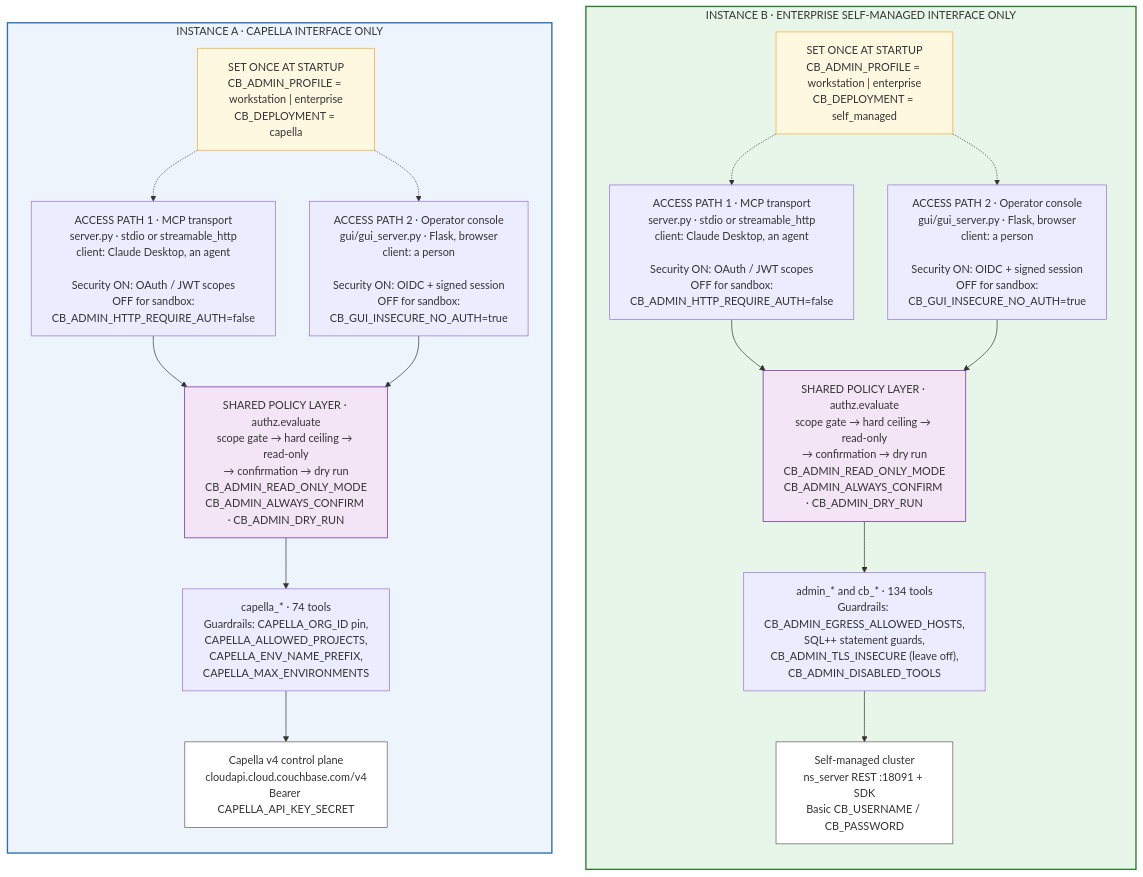
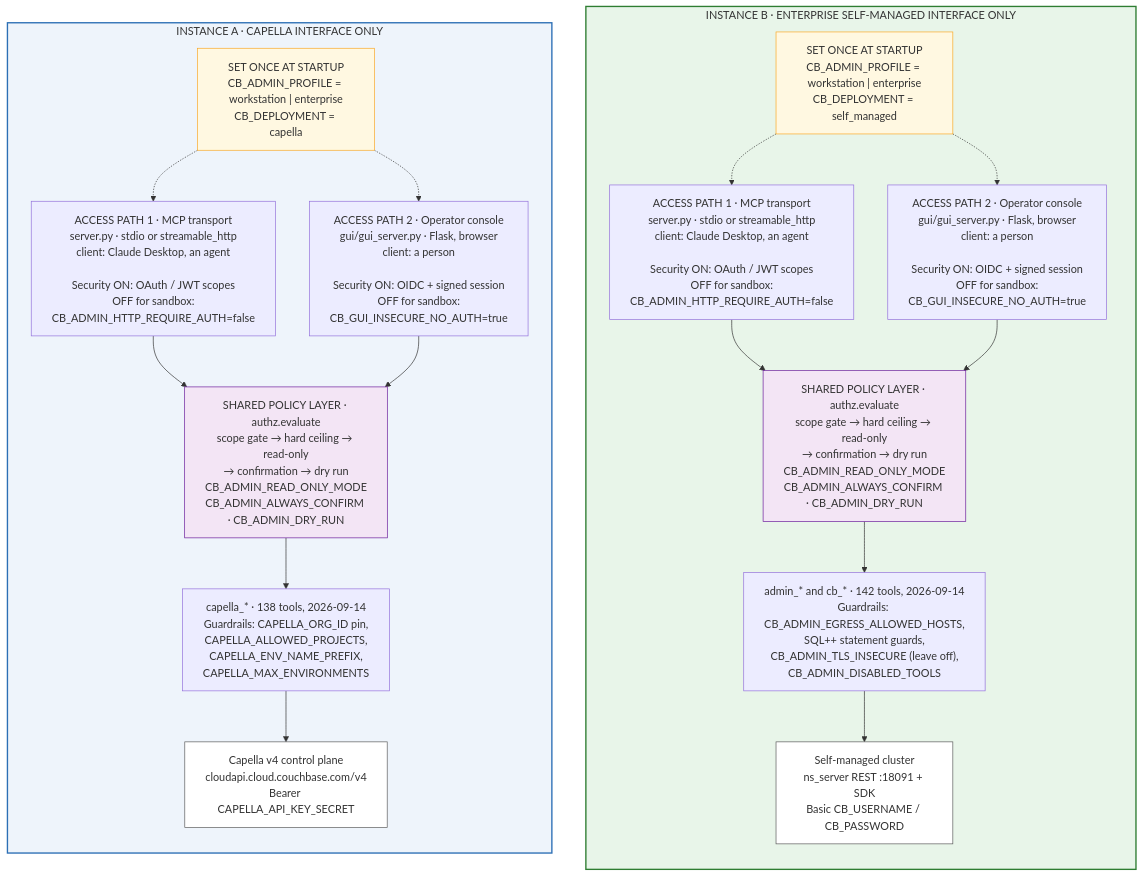
The diagram in docs/diagrams-src/08_matrix.mmd (Couchbase-Ecosystem/couchbase_admin_mcp_server), drawn with Mermaid before and after one commit. The commit also changed 29 other files, not shown here.

```diff
--- a/docs/diagrams-src/08_matrix.mmd
+++ b/docs/diagrams-src/08_matrix.mmd
@@ -1,41 +1,41 @@
 flowchart LR
   subgraph A["INSTANCE A   ·   CAPELLA INTERFACE ONLY"]
     direction TB
     AC["SET ONCE AT STARTUP<br/>CB_ADMIN_PROFILE = workstation | enterprise<br/>CB_DEPLOYMENT = capella"]
     A1["ACCESS PATH 1 · MCP transport<br/>server.py · stdio or streamable_http<br/>client: Claude Desktop, an agent<br/><br/>Security ON: OAuth / JWT scopes<br/>OFF for sandbox:<br/>CB_ADMIN_HTTP_REQUIRE_AUTH=false"]
     A2["ACCESS PATH 2 · Operator console<br/>gui/gui_server.py · Flask, browser<br/>client: a person<br/><br/>Security ON: OIDC + signed session<br/>OFF for sandbox:<br/>CB_GUI_INSECURE_NO_AUTH=true"]
     AG["SHARED POLICY LAYER · authz.evaluate<br/>scope gate → hard ceiling → read-only<br/>→ confirmation → dry run<br/>CB_ADMIN_READ_ONLY_MODE<br/>CB_ADMIN_ALWAYS_CONFIRM · CB_ADMIN_DRY_RUN"]
-    AT["capella_* · 74 tools<br/>Guardrails: CAPELLA_ORG_ID pin,<br/>CAPELLA_ALLOWED_PROJECTS,<br/>CAPELLA_ENV_NAME_PREFIX,<br/>CAPELLA_MAX_ENVIRONMENTS"]
+    AT["capella_* · 138 tools, 2026-09-14<br/>Guardrails: CAPELLA_ORG_ID pin,<br/>CAPELLA_ALLOWED_PROJECTS,<br/>CAPELLA_ENV_NAME_PREFIX,<br/>CAPELLA_MAX_ENVIRONMENTS"]
     AE["Capella v4 control plane<br/>cloudapi.cloud.couchbase.com/v4<br/>Bearer CAPELLA_API_KEY_SECRET"]
     AC -.-> A1
     AC -.-> A2
     A1 --> AG
     A2 --> AG
     AG --> AT --> AE
   end
 
   subgraph B["INSTANCE B   ·   ENTERPRISE SELF-MANAGED INTERFACE ONLY"]
     direction TB
     BC["SET ONCE AT STARTUP<br/>CB_ADMIN_PROFILE = workstation | enterprise<br/>CB_DEPLOYMENT = self_managed"]
     B1["ACCESS PATH 1 · MCP transport<br/>server.py · stdio or streamable_http<br/>client: Claude Desktop, an agent<br/><br/>Security ON: OAuth / JWT scopes<br/>OFF for sandbox:<br/>CB_ADMIN_HTTP_REQUIRE_AUTH=false"]
     B2["ACCESS PATH 2 · Operator console<br/>gui/gui_server.py · Flask, browser<br/>client: a person<br/><br/>Security ON: OIDC + signed session<br/>OFF for sandbox:<br/>CB_GUI_INSECURE_NO_AUTH=true"]
     BG["SHARED POLICY LAYER · authz.evaluate<br/>scope gate → hard ceiling → read-only<br/>→ confirmation → dry run<br/>CB_ADMIN_READ_ONLY_MODE<br/>CB_ADMIN_ALWAYS_CONFIRM · CB_ADMIN_DRY_RUN"]
-    BT["admin_* and cb_* · 134 tools<br/>Guardrails: CB_ADMIN_EGRESS_ALLOWED_HOSTS,<br/>SQL++ statement guards,<br/>CB_ADMIN_TLS_INSECURE (leave off),<br/>CB_ADMIN_DISABLED_TOOLS"]
+    BT["admin_* and cb_* · 142 tools, 2026-09-14<br/>Guardrails: CB_ADMIN_EGRESS_ALLOWED_HOSTS,<br/>SQL++ statement guards,<br/>CB_ADMIN_TLS_INSECURE (leave off),<br/>CB_ADMIN_DISABLED_TOOLS"]
     BE["Self-managed cluster<br/>ns_server REST :18091 + SDK<br/>Basic CB_USERNAME / CB_PASSWORD"]
     BC -.-> B1
     BC -.-> B2
     B1 --> BG
     B2 --> BG
     BG --> BT --> BE
   end
 
   A ~~~ B
 
   style A fill:#eef4fb,stroke:#2c6fb5,stroke-width:2px
   style B fill:#e8f5e9,stroke:#2e7d32,stroke-width:2px
   style AC fill:#fff8e1,stroke:#f9a825
   style BC fill:#fff8e1,stroke:#f9a825
   style AG fill:#f3e5f5,stroke:#6a1b9a
   style BG fill:#f3e5f5,stroke:#6a1b9a
   style AE fill:#ffffff,stroke:#5a5a5a
   style BE fill:#ffffff,stroke:#5a5a5a
```
